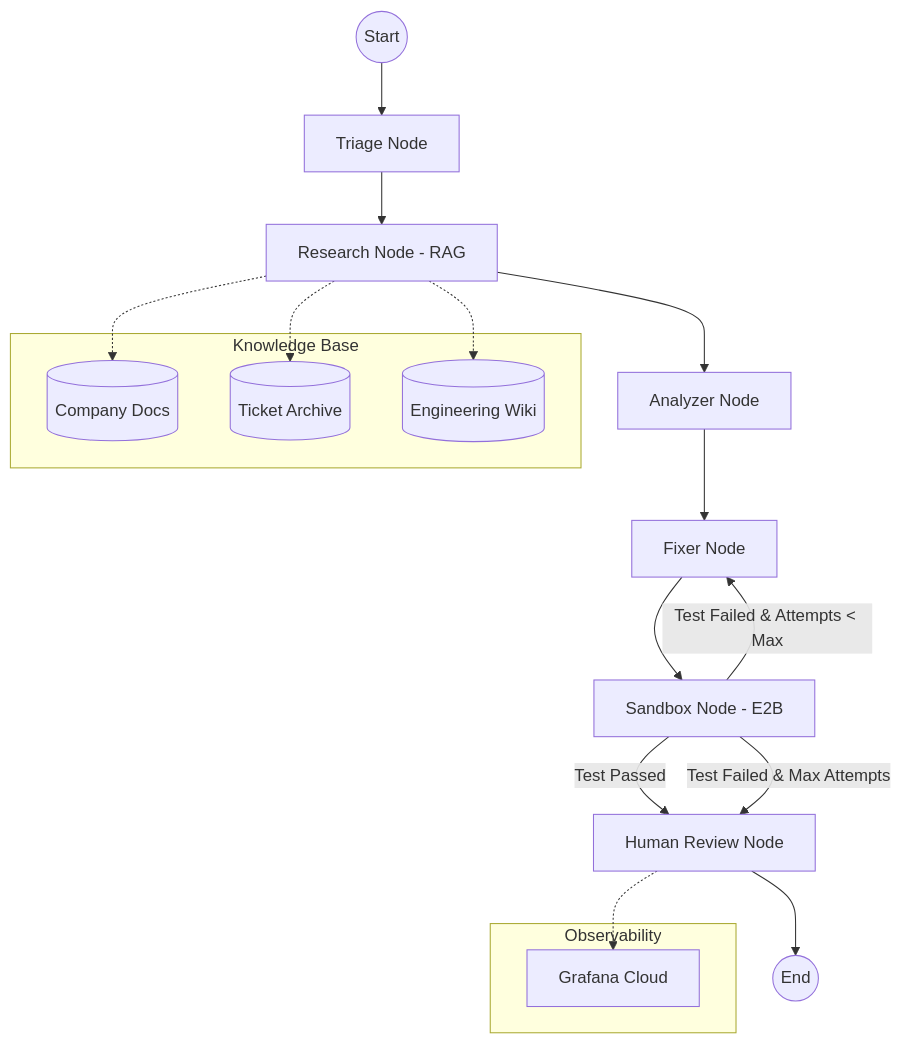
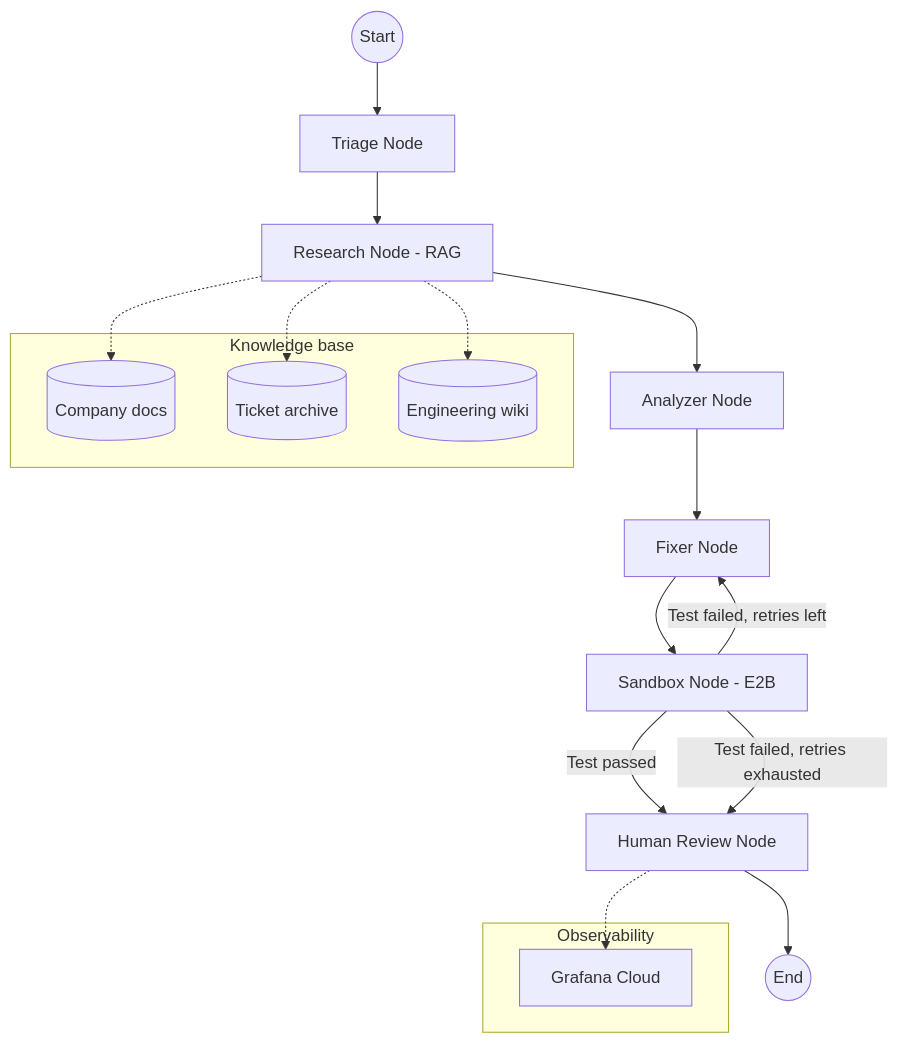
The diagram in README.md (MuhammadAbbas01/Self_Healing_Customer_support_agent), drawn with Mermaid before and after one commit. The commit also changed other lines of this file and 2 other files, not shown here.

````diff
--- a/README.md
+++ b/README.md
@@ -21,28 +24,28 @@
 ```mermaid
 graph TD
     START((Start)) --> TRIAGE[Triage Node]
     TRIAGE --> RESEARCH[Research Node - RAG]
     RESEARCH --> ANALYZER[Analyzer Node]
     ANALYZER --> FIXER[Fixer Node]
     FIXER --> SANDBOX[Sandbox Node - E2B]
-    SANDBOX -- "Test Passed" --> HUMAN_REVIEW[Human Review Node]
-    SANDBOX -- "Test Failed & Attempts < Max" --> FIXER
-    SANDBOX -- "Test Failed & Max Attempts" --> HUMAN_REVIEW
+    SANDBOX -- "Test passed" --> HUMAN_REVIEW[Human Review Node]
+    SANDBOX -- "Test failed, retries left" --> FIXER
+    SANDBOX -- "Test failed, retries exhausted" --> HUMAN_REVIEW
     HUMAN_REVIEW --> END((End))
 
-    subgraph "Knowledge Base"
-        DOCS[(Company Docs)]
-        TICKETS[(Ticket Archive)]
-        WIKI[(Engineering Wiki)]
+    subgraph "Knowledge base"
+        DOCS[(Company docs)]
+        TICKETS[(Ticket archive)]
+        WIKI[(Engineering wiki)]
     end
 
     RESEARCH -.-> DOCS
     RESEARCH -.-> TICKETS
     RESEARCH -.-> WIKI
 
     subgraph "Observability"
         GRAFANA[Grafana Cloud]
     end
 
     HUMAN_REVIEW -.-> GRAFANA
 ```
````
